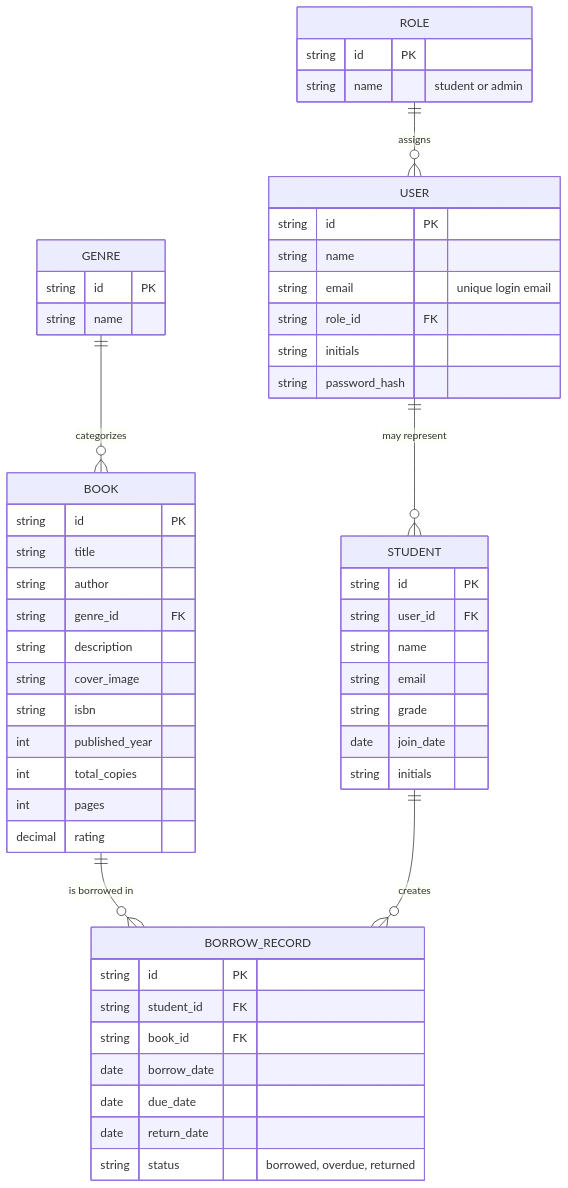
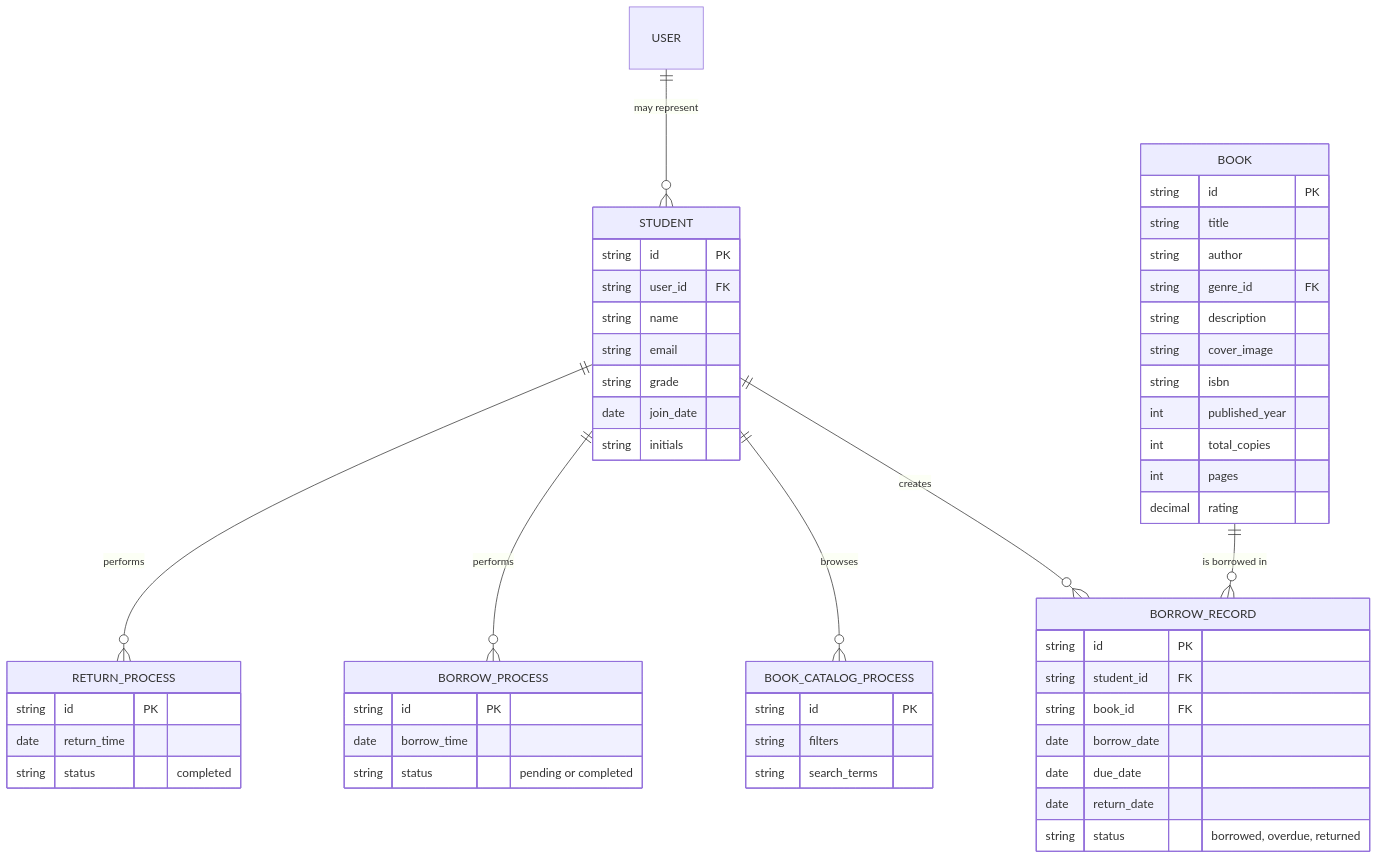
Before and after one commit to fsocietyxxx-di3/Librarysystem: the second of 3 diagrams in ERD.md, drawn with Mermaid. The commit also changed other lines of this file, not shown here.

````diff
--- a/ERD.md
+++ b/ERD.md
@@ -10,61 +40,61 @@
 ```mermaid
 erDiagram
     USER ||--o{ STUDENT : "may represent"
-    ROLE ||--o{ USER : "assigns"
-    GENRE ||--o{ BOOK : "categorizes"
+    STUDENT ||--o{ BORROW_RECORD : "creates"
     BOOK ||--o{ BORROW_RECORD : "is borrowed in"
-    STUDENT ||--o{ BORROW_RECORD : "creates"
-
-    USER {
-        string id PK
-        string name
-        string email "unique login email"
-        string role_id FK
-        string initials
-        string password_hash
-    }
-
-    ROLE {
-        string id PK
-        string name "student or admin"
-    }
+    STUDENT ||--o{ BOOK_CATALOG_PROCESS : "browses"
+    STUDENT ||--o{ BORROW_PROCESS : "performs"
+    STUDENT ||--o{ RETURN_PROCESS : "performs"
 
     STUDENT {
         string id PK
         string user_id FK
         string name
         string email
         string grade
         date join_date
         string initials
-    }
-
-    GENRE {
-        string id PK
-        string name
     }
 
     BOOK {
         string id PK
         string title
         string author
         string genre_id FK
         string description
         string cover_image
         string isbn
         int published_year
         int total_copies
         int pages
         decimal rating
     }
 
     BORROW_RECORD {
         string id PK
         string student_id FK
         string book_id FK
         date borrow_date
         date due_date
         date return_date
         string status "borrowed, overdue, returned"
     }
+
+    BOOK_CATALOG_PROCESS {
+        string id PK
+        string filters
+        string search_terms
+    }
+
+    BORROW_PROCESS {
+        string id PK
+        date borrow_time
+        string status "pending or completed"
+    }
+
+    RETURN_PROCESS {
+        string id PK
+        date return_time
+        string status "completed"
+    }
 ```
````
